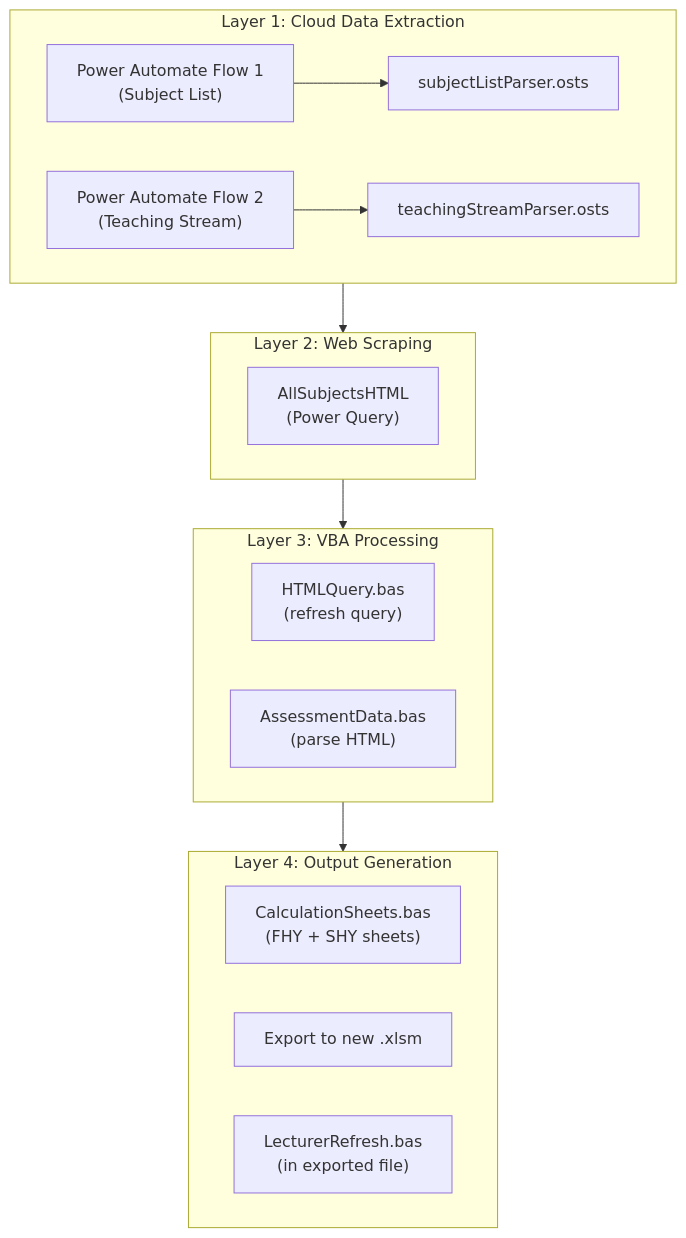
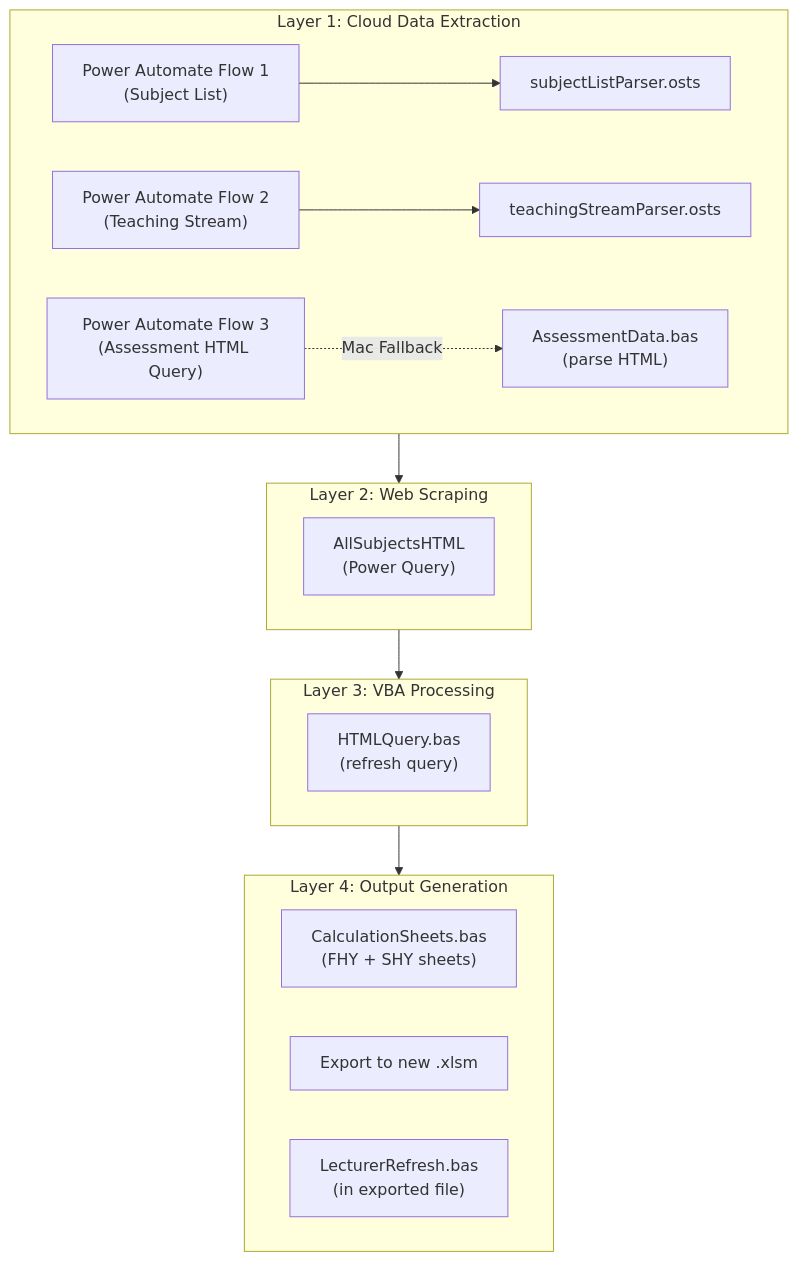
One commit to arthurtheprogrammer/auto-handbook-system changed the diagram in docs/DEVELOPER_GUIDE.md. Above: the diagram before and after it, drawn with Mermaid. The commit also changed other lines of this file and 12 other files, not shown here.

Commit message:
Integrated assessment query workflow and updated VBA completion status

````diff
--- a/docs/DEVELOPER_GUIDE.md
+++ b/docs/DEVELOPER_GUIDE.md
@@ -24,30 +24,32 @@
 ```mermaid
 flowchart TD
     subgraph L1["Layer 1: Cloud Data Extraction"]
         PA1["Power Automate Flow 1<br/>(Subject List)"]
         PA2["Power Automate Flow 2<br/>(Teaching Stream)"]
+        PA3["Power Automate Flow 3<br/>(Assessment HTML Query)"]
         OS1["subjectListParser.osts"]
         OS2["teachingStreamParser.osts"]
         PA1 --> OS1
         PA2 --> OS2
+        PA3 -.-> |Mac Fallback| AD
     end
 
     subgraph L2["Layer 2: Web Scraping"]
         PQ["AllSubjectsHTML<br/>(Power Query)"]
     end
 
     subgraph L3["Layer 3: VBA Processing"]
         HQ["HTMLQuery.bas<br/>(refresh query)"]
         AD["AssessmentData.bas<br/>(parse HTML)"]
     end
 
     subgraph L4["Layer 4: Output Generation"]
         CS["CalculationSheets.bas<br/>(FHY + SHY sheets)"]
         EXP["Export to new .xlsm"]
         LR["LecturerRefresh.bas<br/>(in exported file)"]
     end
 
     L1 --> L2
     L2 --> L3
     L3 --> L4
 ```
````
